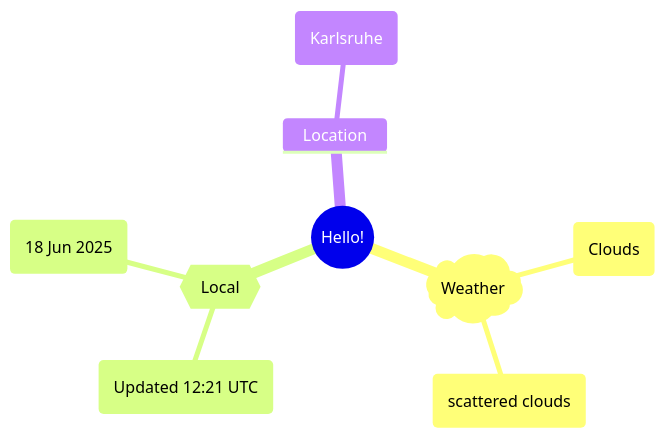
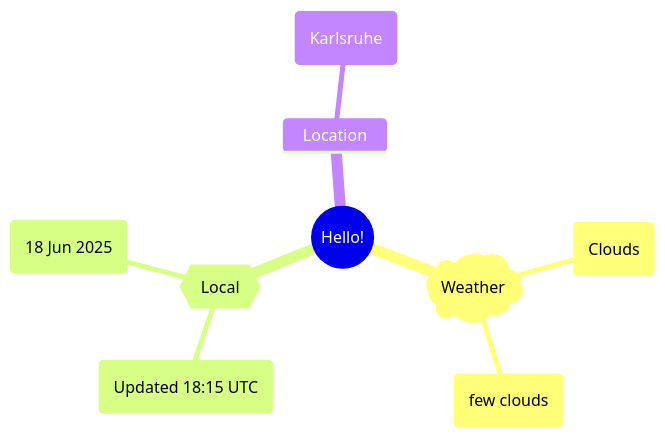
The first of 2 diagrams in README.md (Xosrov/Xosrov), drawn with Mermaid before and after one commit.

Commit message:
[bot] updated images

````diff
--- a/README.md
+++ b/README.md
@@ -3,12 +3,12 @@
 ```mermaid
 mindmap
   root((Hello!))
     )Weather(
         (Clouds)
-        (scattered clouds)
+        (few clouds)
     {{Local}}
-        (Updated 12:21 UTC)
+        (Updated 18:15 UTC)
         (18 Jun 2025)
     Location
         (Karlsruhe)
 ```
````
